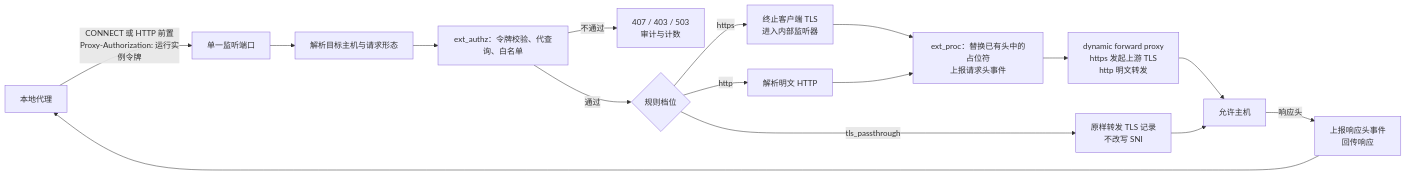
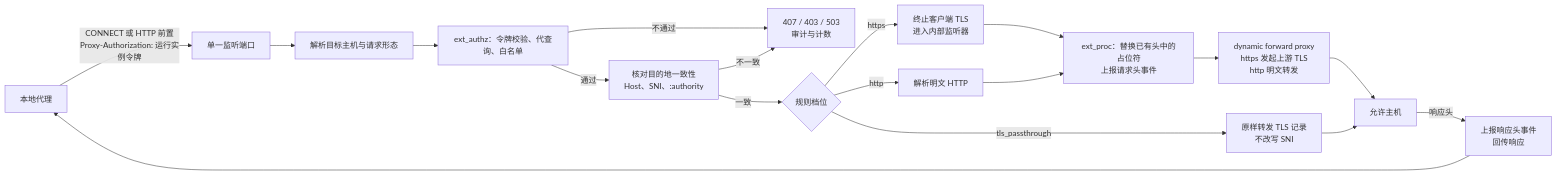
The first of 3 diagrams in docs/design/modules/connectorhub/design-connectorhub-egress.md (wangzw/castworks), drawn with Mermaid before and after one commit. The commit also changed other lines of this file and 29 other files, not shown here.

````diff
--- a/docs/design/modules/connectorhub/design-connectorhub-egress.md
+++ b/docs/design/modules/connectorhub/design-connectorhub-egress.md
@@ -109,18 +111,20 @@
 ```mermaid
 flowchart LR
     lp["本地代理"] -->|"CONNECT 或 HTTP 前置<br/>Proxy-Authorization: 运行实例令牌"| listener["单一监听端口"]
     listener --> parse["解析目标主机与请求形态"]
     parse --> authz["ext_authz：令牌校验、代查询、白名单"]
     authz -->|"不通过"| deny["407 / 403 / 503<br/>审计与计数"]
-    authz -->|"通过"| mode{"规则档位"}
+    authz -->|"通过"| dest["核对目的地一致性<br/>Host、SNI、:authority"]
+    dest -->|"不一致"| deny
+    dest -->|"一致"| mode{"规则档位"}
     mode -->|"https"| tls["终止客户端 TLS<br/>进入内部监听器"]
     mode -->|"http"| plain["解析明文 HTTP"]
     mode -->|"tls_passthrough"| tunnel["原样转发 TLS 记录<br/>不改写 SNI"]
     tls --> proc["ext_proc：替换已有头中的占位符<br/>上报请求头事件"]
     plain --> proc
     proc --> dfp["dynamic forward proxy<br/>https 发起上游 TLS<br/>http 明文转发"]
     dfp --> upstream["允许主机"]
     tunnel --> upstream
     upstream -->|"响应头"| resp["上报响应头事件<br/>回传响应"]
     resp --> lp
 ```
````
